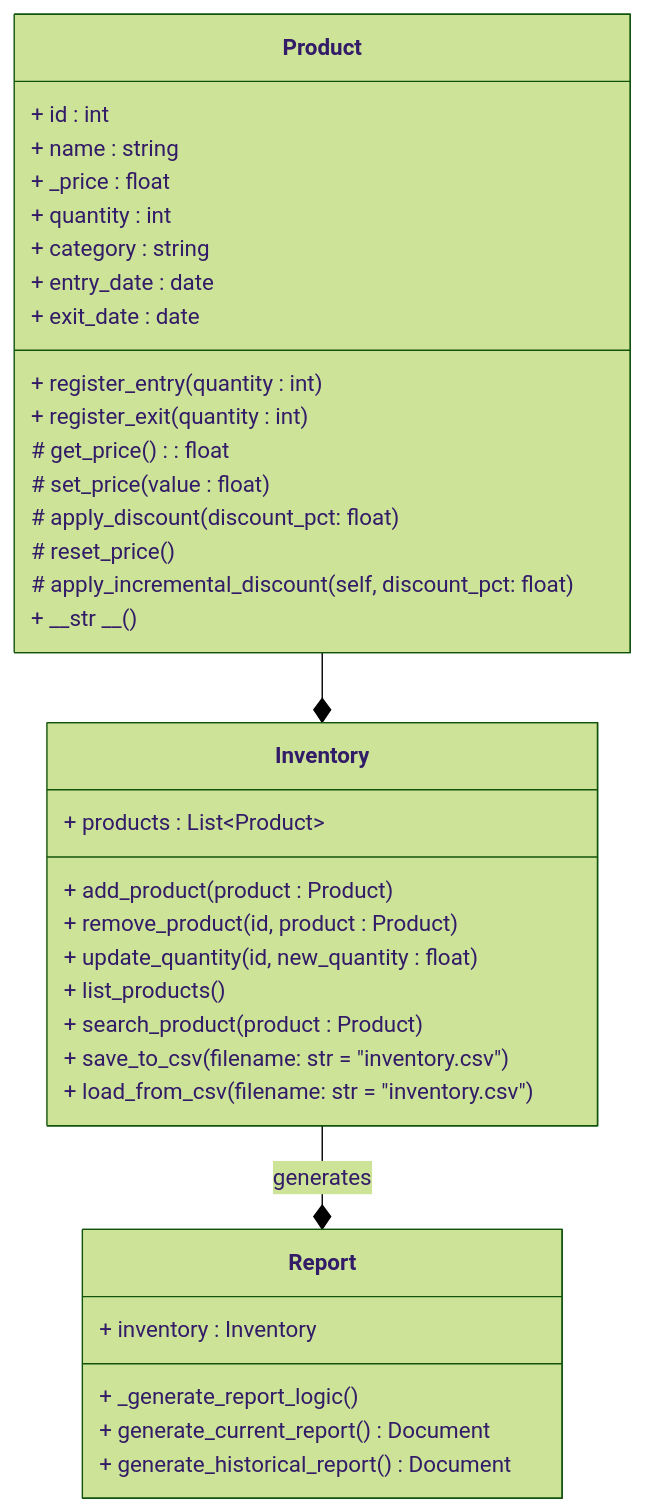
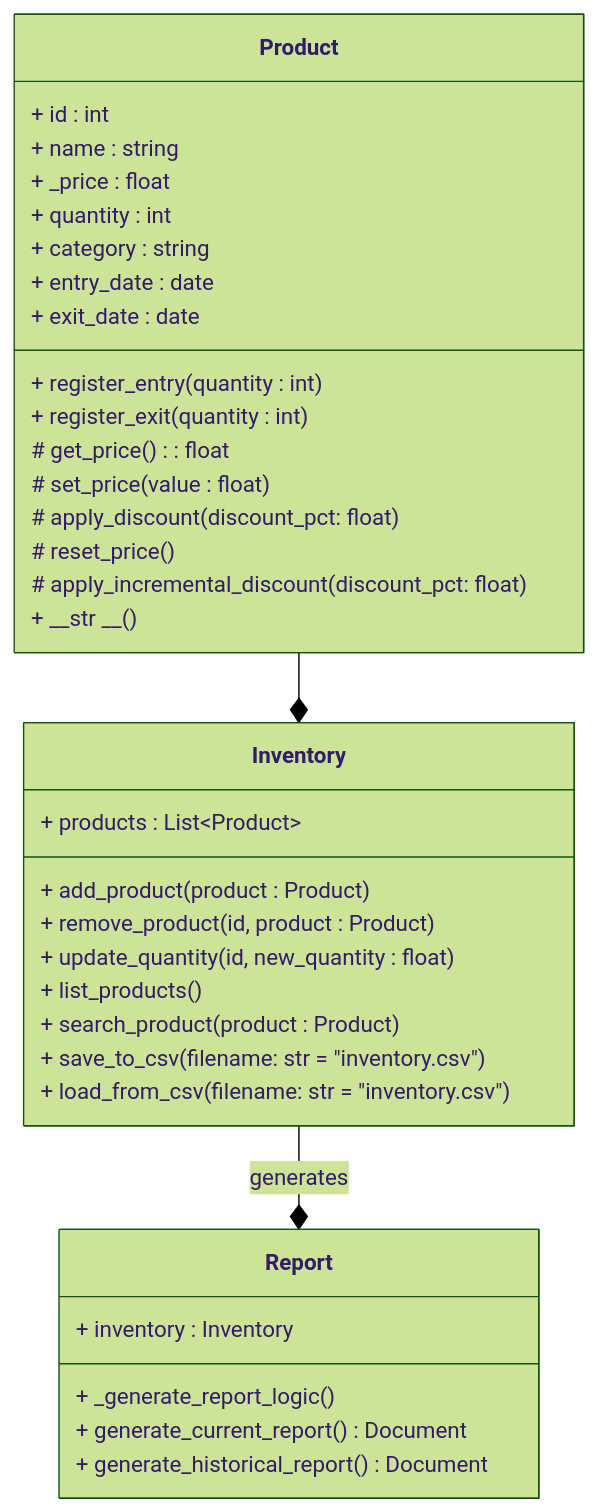
The diagram in README.md (lucholopez1/LogiStock-), drawn with Mermaid (forest theme) before and after one commit.

````diff
--- a/README.md
+++ b/README.md
@@ -31,41 +31,41 @@
 ``` mermaid
 classDiagram
     class Product {
         + id : int
         + name : string
         + _price : float
         + quantity : int
         + category : string
         + entry_date : date
         + exit_date : date
         + register_entry(quantity : int)
         + register_exit(quantity : int)
         # get_price() : float
         # set_price(value : float)
         # apply_discount(discount_pct: float)
         # reset_price()
-        # apply_incremental_discount(self, discount_pct: float)
+        # apply_incremental_discount(discount_pct: float)
         + __str __()
     }
 
     class Inventory {
         + products : List~Product~ 
         + add_product(product : Product)
         + remove_product(id, product : Product)
         + update_quantity(id, new_quantity : float)
         + list_products()
         + search_product(product : Product)
         + save_to_csv(filename: str = "inventory.csv")
         + load_from_csv(filename: str = "inventory.csv")
     }
 
     class Report {
         + inventory : Inventory
         + _generate_report_logic()
         + generate_current_report() Document
         + generate_historical_report() Document
     }
 
     Product --* Inventory
     Inventory --* Report : generates
 ```
````
